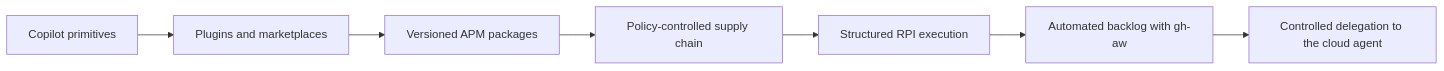
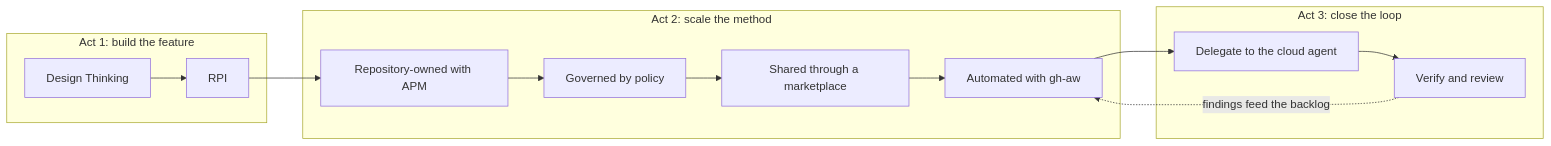
The diagram in README.md (Ch0wseth/AI-SDLC-Workshop-1), drawn with Mermaid before and after one commit. The commit also changed other lines of this file and 3 other files, not shown here.

````diff
--- a/README.md
+++ b/README.md
@@ -69,9 +77,17 @@
 ```mermaid
 flowchart LR
-  A[Copilot primitives] --> B[Plugins and marketplaces]
-  B --> C[Versioned APM packages]
-  C --> D[Policy-controlled supply chain]
-  D --> E[Structured RPI execution]
-  E --> F[Automated backlog with gh-aw]
-  F --> G[Controlled delegation to the cloud agent]
+  subgraph Build["Act 1: build the feature"]
+    A[Design Thinking] --> B[RPI]
+  end
+  subgraph Scale["Act 2: scale the method"]
+    C[Repository-owned with APM] --> D[Governed by policy]
+    D --> E[Shared through a marketplace]
+    E --> F[Automated with gh-aw]
+  end
+  subgraph Close["Act 3: close the loop"]
+    G[Delegate to the cloud agent] --> H[Verify and review]
+  end
+  B --> C
+  F --> G
+  H -. findings feed the backlog .-> F
 ```
````
